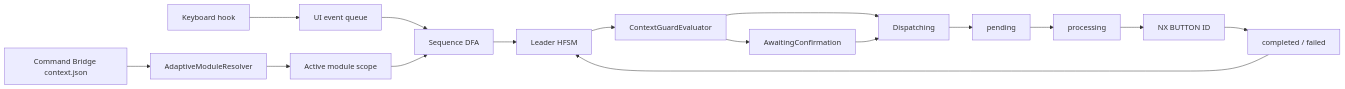
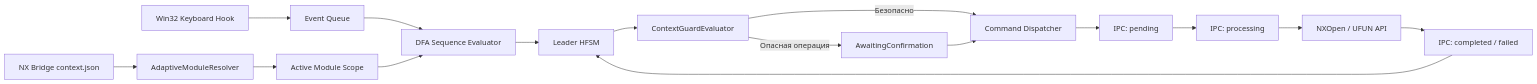
One commit to Homiakus/NXkeys changed the diagram in README.md. Above: the diagram before and after it, drawn with Mermaid. The commit also changed other lines of this file and 571 other files, not shown here.

````diff
--- a/README.md
+++ b/README.md
@@ -131,18 +98,18 @@
 ```mermaid
 flowchart LR
-    Hook[Keyboard hook] --> Queue[UI event queue]
-    BridgeContext[Command Bridge context.json] --> Resolver[AdaptiveModuleResolver]
-    Resolver --> Scope[Active module scope]
-    Queue --> DFA[Sequence DFA]
+    Hook[Win32 Keyboard Hook] --> Queue[Event Queue]
+    BridgeContext[NX Bridge context.json] --> Resolver[AdaptiveModuleResolver]
+    Resolver --> Scope[Active Module Scope]
+    Queue --> DFA[DFA Sequence Evaluator]
     Scope --> DFA
     DFA --> HFSM[Leader HFSM]
     HFSM --> Guards[ContextGuardEvaluator]
-    Guards --> Confirm[AwaitingConfirmation]
-    Guards --> Dispatch[Dispatching]
+    Guards -->|Опасная операция| Confirm[AwaitingConfirmation]
+    Guards -->|Безопасно| Dispatch[Command Dispatcher]
     Confirm --> Dispatch
-    Dispatch --> Pending[pending]
-    Pending --> Processing[processing]
-    Processing --> NX[NX BUTTON ID]
-    NX --> Result[completed / failed]
+    Dispatch --> Pending[IPC: pending]
+    Pending --> Processing[IPC: processing]
+    Processing --> NX[NXOpen / UFUN API]
+    NX --> Result[IPC: completed / failed]
     Result --> HFSM
 ```
````
